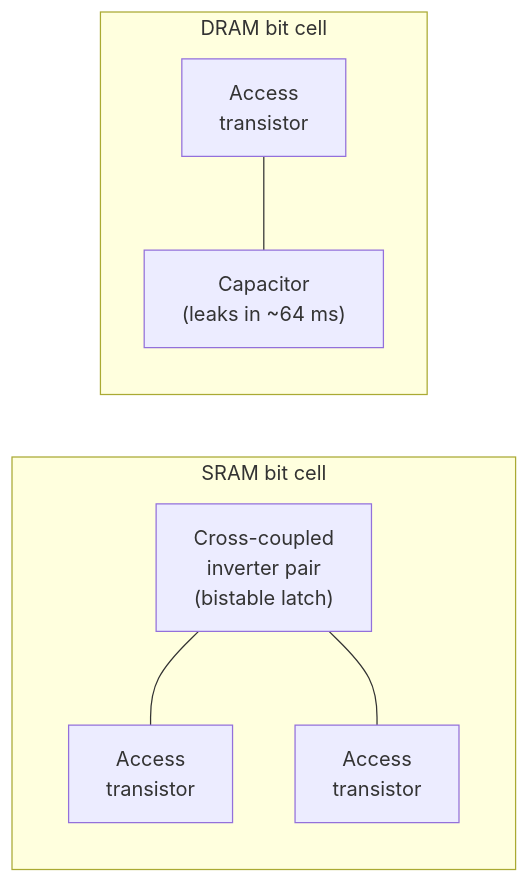
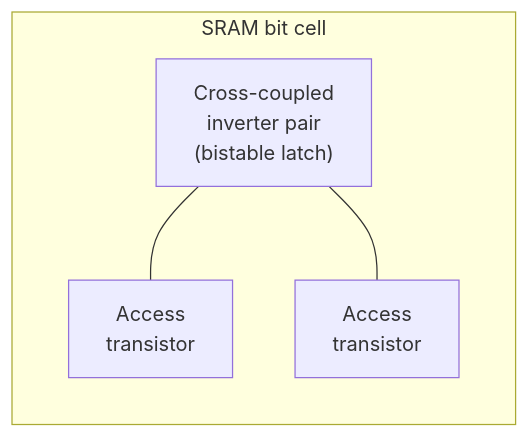
The second of 5 diagrams in 01 CS Fundamentals/RAM Technologies - SRAM, DRAM, DDR, GDDR, HBM.md (PriyanshuMidha/System_Design_notes), drawn with Mermaid before and after one commit. The commit also changed other lines of this file and 215 other files, not shown here.

````diff
--- a/01 CS Fundamentals/RAM Technologies - SRAM, DRAM, DDR, GDDR, HBM.md
+++ b/01 CS Fundamentals/RAM Technologies - SRAM, DRAM, DDR, GDDR, HBM.md
@@ -46,12 +66,8 @@
 ```mermaid
 flowchart LR
     subgraph SRAM_cell["SRAM bit cell"]
         direction TB
         L["Cross-coupled\ninverter pair\n(bistable latch)"] --- A1["Access\ntransistor"]
         L --- A2["Access\ntransistor"]
     end
-    subgraph DRAM_cell["DRAM bit cell"]
-        direction TB
-        T["Access\ntransistor"] --- C["Capacitor\n(leaks in ~64 ms)"]
-    end
 ```
````
